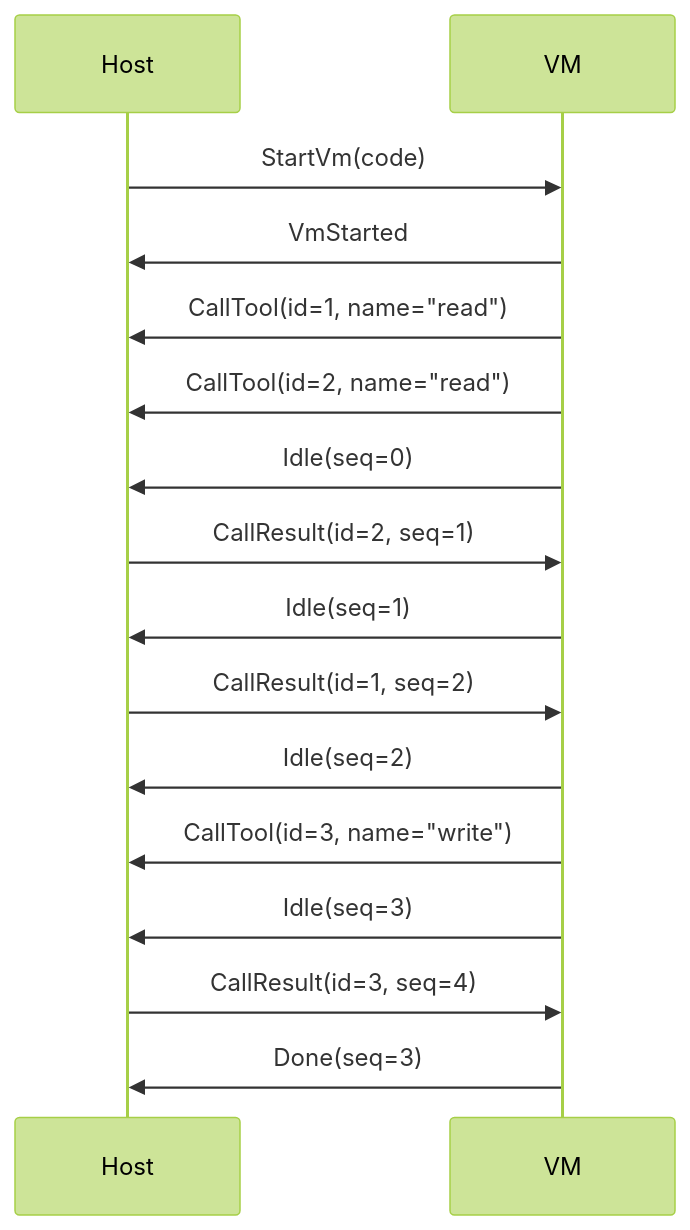
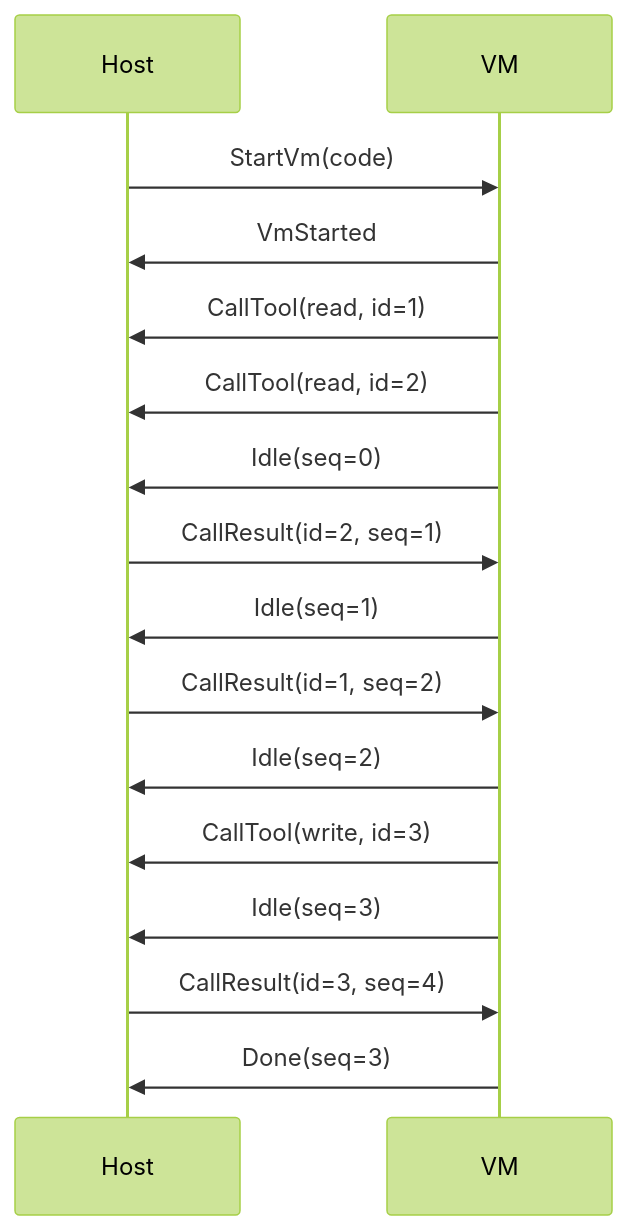
One commit to kkkiio/pi.mbt changed the diagram in sdk/codemode/README.mbt.md. Above: the diagram before and after it, drawn with Mermaid (forest theme). The commit also changed other lines of this file and 3 other files, not shown here.

````diff
--- a/sdk/codemode/README.mbt.md
+++ b/sdk/codemode/README.mbt.md
@@ -17,19 +18,19 @@
 ```mermaid
 sequenceDiagram
     participant H as Host
     participant V as VM
 
     H->>V: StartVm(code)
     V->>H: VmStarted
-    V->>H: CallTool(id=1, name="read")
-    V->>H: CallTool(id=2, name="read")
+    V->>H: CallTool(read, id=1)
+    V->>H: CallTool(read, id=2)
     V->>H: Idle(seq=0)
     H->>V: CallResult(id=2, seq=1)
     V->>H: Idle(seq=1)
     H->>V: CallResult(id=1, seq=2)
     V->>H: Idle(seq=2)
-    V->>H: CallTool(id=3, name="write")
+    V->>H: CallTool(write, id=3)
     V->>H: Idle(seq=3)
     H->>V: CallResult(id=3, seq=4)
     V->>H: Done(seq=3)
 ```
````
